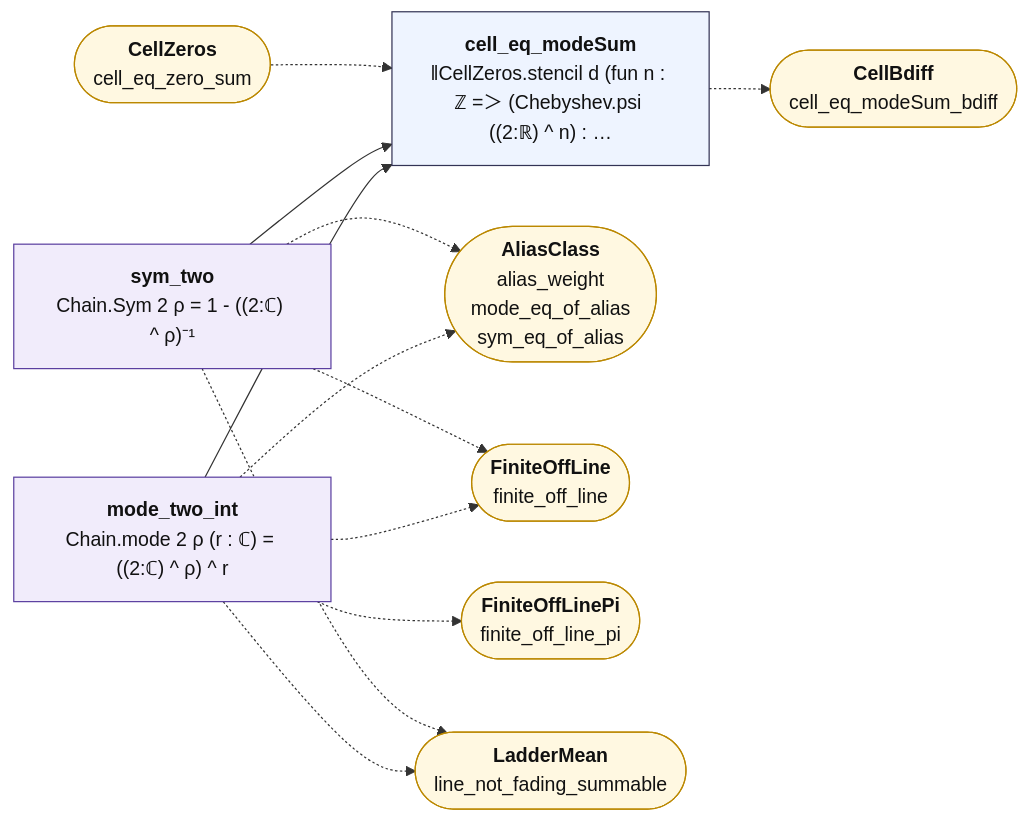
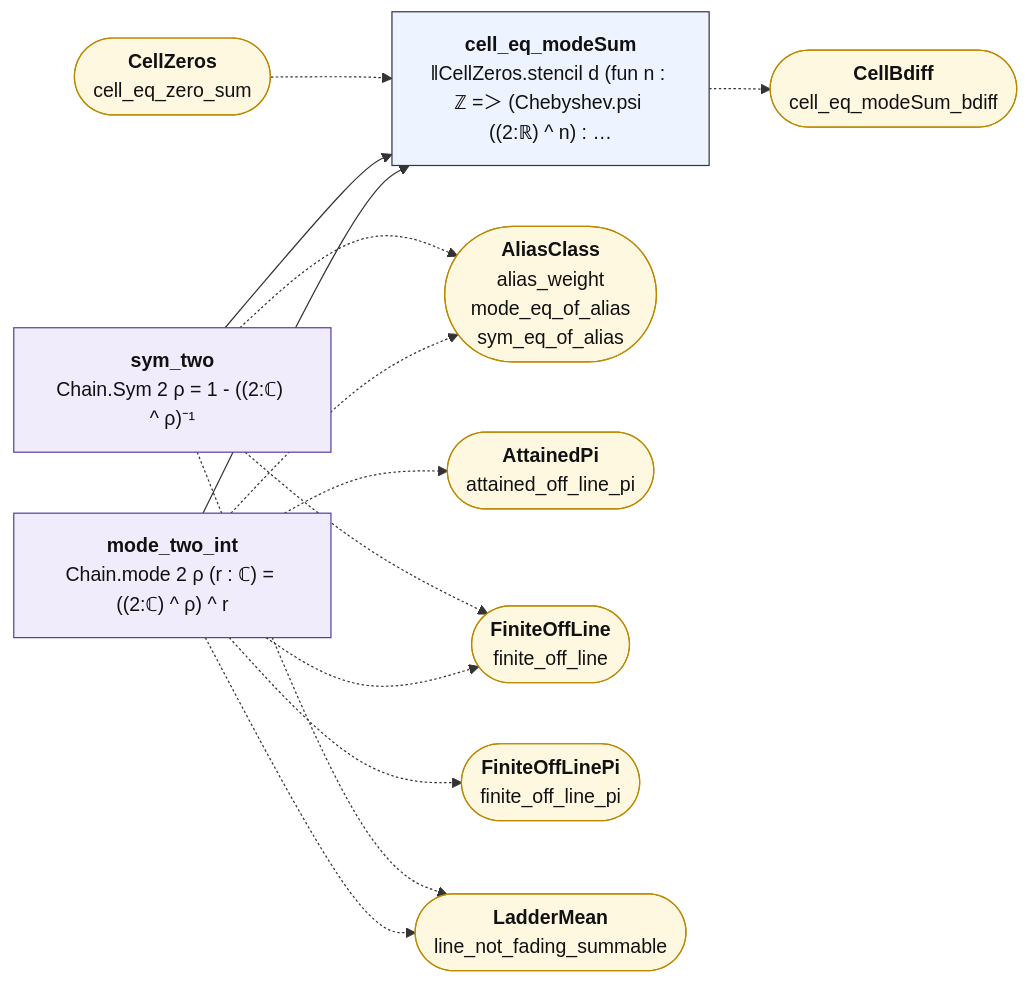
One commit to juliansambranojr/Primebeat_081426 changed the diagram in map/lean_stage3/CellModes.md. Above: the diagram before and after it, drawn with Mermaid. The commit also changed other lines of this file and 50 other files, not shown here.

First line of the commit message:
C7: joint 10 on the count when the largest real part of the zeros is attained (unit 0456)

````diff
--- a/map/lean_stage3/CellModes.md
+++ b/map/lean_stage3/CellModes.md
@@ -12,31 +12,33 @@
 ```mermaid
 flowchart LR
   n0["<b>mode_two_int</b><br/>Chain.mode 2 ρ (r : ℂ) = ((2:ℂ) ^ ρ) ^ r"]:::shp
   n1["<b>sym_two</b><br/>Chain.Sym 2 ρ = 1 - ((2:ℂ) ^ ρ)⁻¹"]:::shp
   n2["<b>cell_eq_modeSum</b><br/>‖CellZeros.stencil d (fun n : ℤ =＞ (Chebyshev.psi ((2:ℝ) ^ n) : …"]:::thm
   x0(["<b>AliasClass</b><br/>alias_weight<br/>mode_eq_of_alias<br/>sym_eq_of_alias"]):::ext
-  x1(["<b>FiniteOffLine</b><br/>finite_off_line"]):::ext
-  x2(["<b>FiniteOffLinePi</b><br/>finite_off_line_pi"]):::ext
-  x3(["<b>LadderMean</b><br/>line_not_fading_summable"]):::ext
-  x4(["<b>CellZeros</b><br/>cell_eq_zero_sum"]):::ext
-  x5(["<b>CellBdiff</b><br/>cell_eq_modeSum_bdiff"]):::ext
+  x1(["<b>AttainedPi</b><br/>attained_off_line_pi"]):::ext
+  x2(["<b>FiniteOffLine</b><br/>finite_off_line"]):::ext
+  x3(["<b>FiniteOffLinePi</b><br/>finite_off_line_pi"]):::ext
+  x4(["<b>LadderMean</b><br/>line_not_fading_summable"]):::ext
+  x5(["<b>CellZeros</b><br/>cell_eq_zero_sum"]):::ext
+  x6(["<b>CellBdiff</b><br/>cell_eq_modeSum_bdiff"]):::ext
   n0 --> n2
   n1 --> n2
   n0 -.-> x0
   n0 -.-> x1
   n0 -.-> x2
   n0 -.-> x3
+  n0 -.-> x4
   n1 -.-> x0
-  n1 -.-> x1
-  n1 -.-> x3
-  n2 -.-> x5
-  x4 -.-> n2
+  n1 -.-> x2
+  n1 -.-> x4
+  n2 -.-> x6
+  x5 -.-> n2
   classDef cnt fill:#dff5ec,stroke:#17694a,color:#111
   classDef shp fill:#f1ecfb,stroke:#5b3fa0,color:#111
   classDef rh fill:#ffe5e5,stroke:#c22,color:#111,stroke-width:2px
   classDef thm fill:#eef4ff,stroke:#335,color:#111
   classDef end_ fill:#e7f7e7,stroke:#2a7,color:#111,stroke-width:2px
   classDef lone fill:#fff,stroke:#999,color:#111,stroke-dasharray:4 3
   classDef bad fill:#ffe5e5,stroke:#c22,color:#111,stroke-width:2px
   classDef ext fill:#fff8e1,stroke:#b80,color:#111
 ```
````
